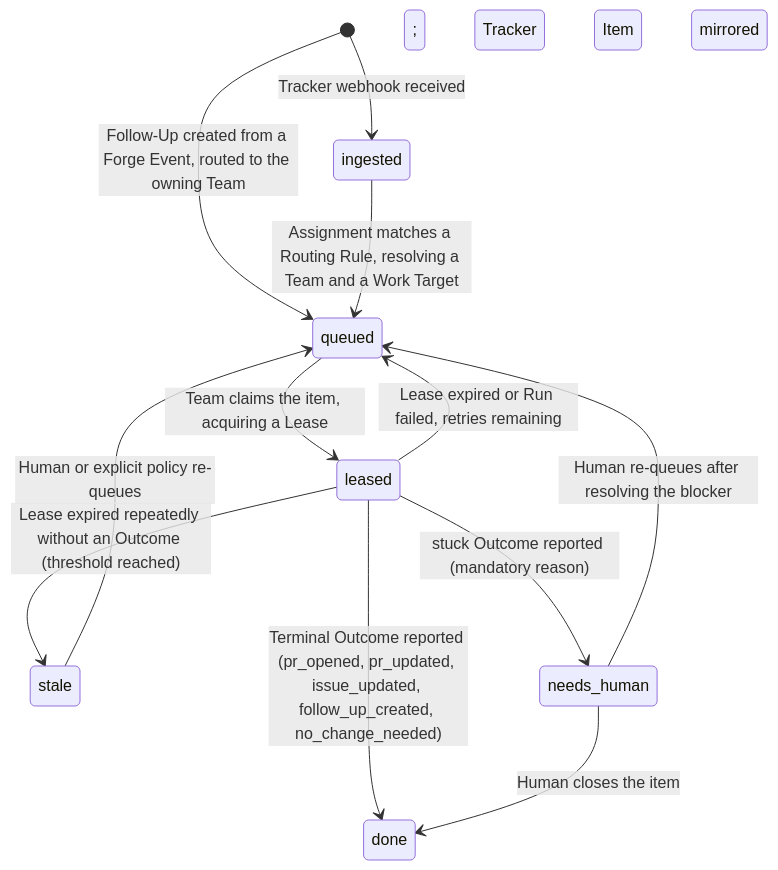
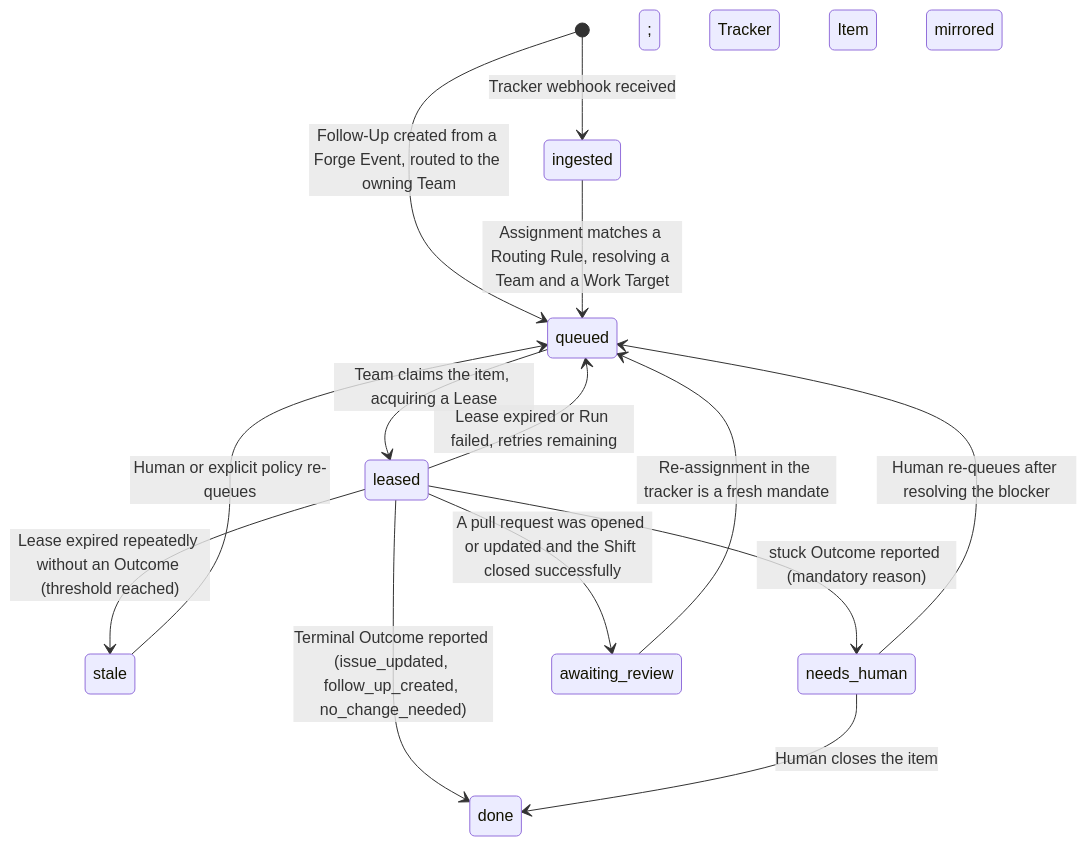
Before and after one commit to webgrip/glide: the second of 2 diagrams in apps/ploeg/docs/domain/entities.md, drawn with Mermaid. The commit also changed other lines of this file and 20 other files, not shown here.

First line of the commit message:
feat(ploeg): settle successful Shifts as awaiting_review

````diff
--- a/apps/ploeg/docs/domain/entities.md
+++ b/apps/ploeg/docs/domain/entities.md
@@ -70,14 +70,16 @@
 ```mermaid
 stateDiagram-v2
     [*] --> ingested : Tracker webhook received; Tracker Item mirrored
     [*] --> queued : Follow-Up created from a Forge Event, routed to the owning Team
     ingested --> queued : Assignment matches a Routing Rule, resolving a Team and a Work Target
     queued --> leased : Team claims the item, acquiring a Lease
     leased --> queued : Lease expired or Run failed, retries remaining
     leased --> stale : Lease expired repeatedly without an Outcome (threshold reached)
     leased --> needs_human : stuck Outcome reported (mandatory reason)
-    leased --> done : Terminal Outcome reported (pr_opened, pr_updated, issue_updated, follow_up_created, no_change_needed)
+    leased --> done : Terminal Outcome reported (issue_updated, follow_up_created, no_change_needed)
+    leased --> awaiting_review : A pull request was opened or updated and the Shift closed successfully
+    awaiting_review --> queued : Re-assignment in the tracker is a fresh mandate
     needs_human --> queued : Human re-queues after resolving the blocker
     needs_human --> done : Human closes the item
     stale --> queued : Human or explicit policy re-queues
 ```
````
